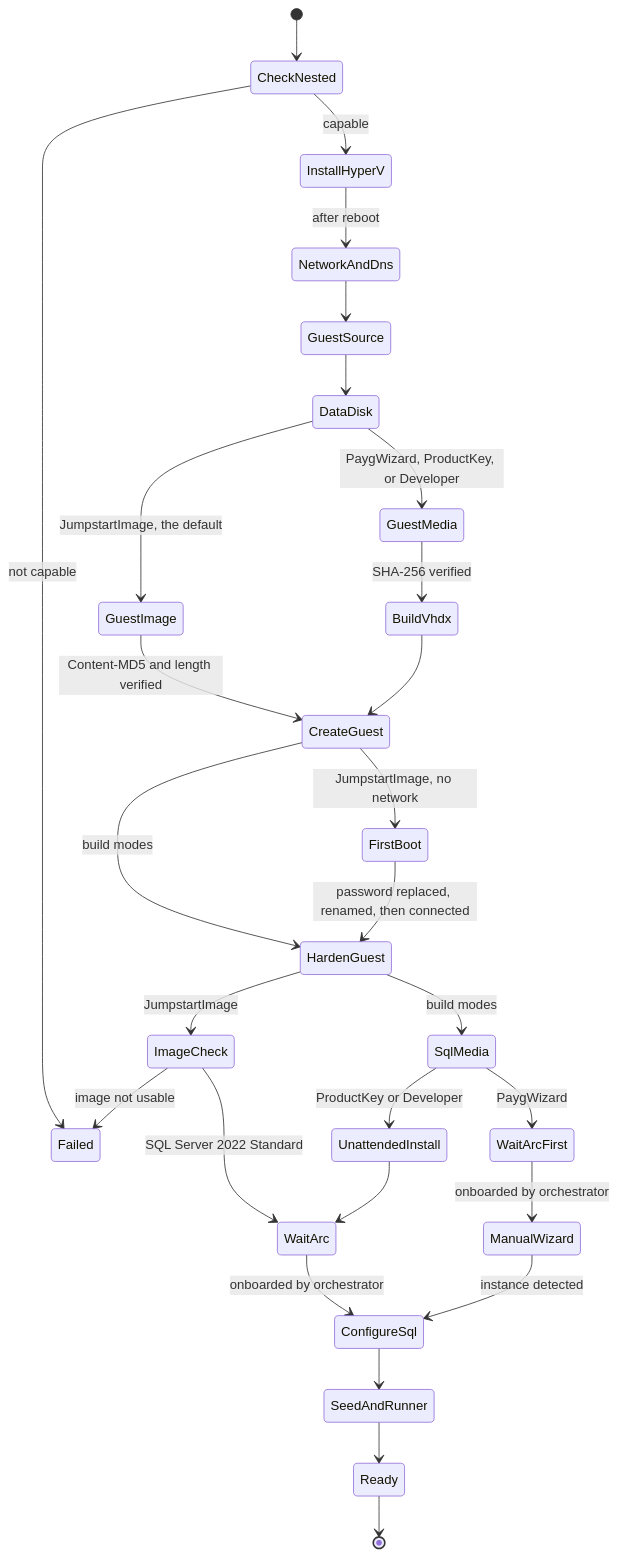
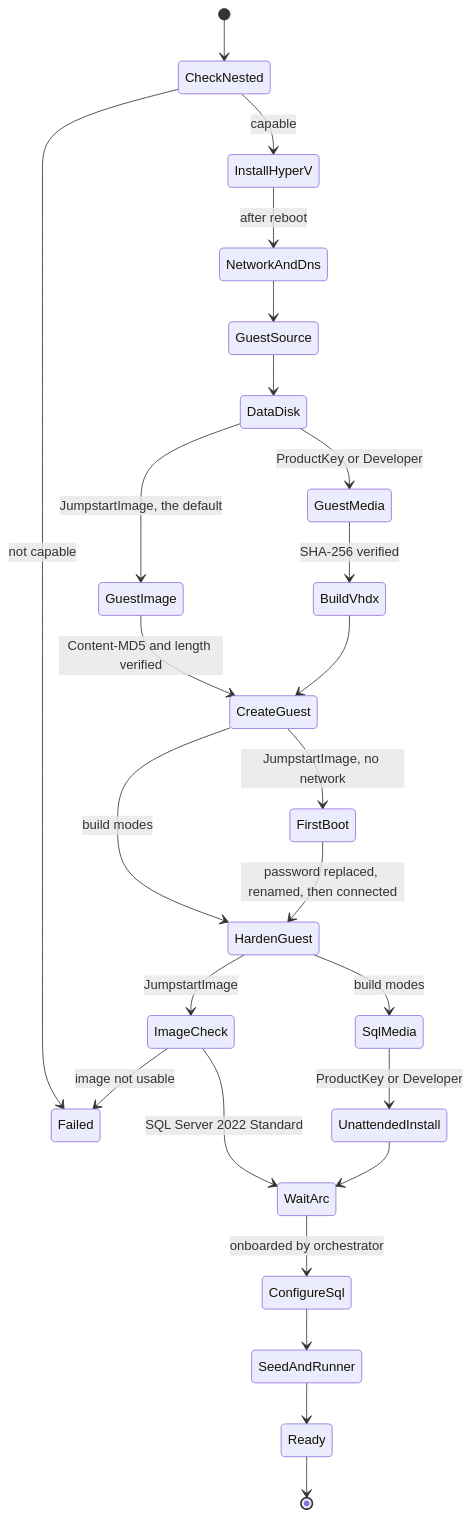
The third of 4 diagrams in docs/architecture.md (MarcBushong/fabric-database-hub-demo), drawn with Mermaid before and after one commit. The commit also changed other lines of this file and 44 other files, not shown here.

````diff
--- a/docs/architecture.md
+++ b/docs/architecture.md
@@ -149,30 +149,27 @@
 ```mermaid
 stateDiagram-v2
   [*] --> CheckNested
   CheckNested --> InstallHyperV: capable
   CheckNested --> Failed: not capable
   InstallHyperV --> NetworkAndDns: after reboot
   NetworkAndDns --> GuestSource
   GuestSource --> DataDisk
   DataDisk --> GuestImage: JumpstartImage, the default
-  DataDisk --> GuestMedia: PaygWizard, ProductKey, or Developer
+  DataDisk --> GuestMedia: ProductKey or Developer
   GuestImage --> CreateGuest: Content-MD5 and length verified
   GuestMedia --> BuildVhdx: SHA-256 verified
   BuildVhdx --> CreateGuest
   CreateGuest --> FirstBoot: JumpstartImage, no network
   CreateGuest --> HardenGuest: build modes
   FirstBoot --> HardenGuest: password replaced, renamed, then connected
   HardenGuest --> ImageCheck: JumpstartImage
   HardenGuest --> SqlMedia: build modes
   ImageCheck --> WaitArc: SQL Server 2022 Standard
   ImageCheck --> Failed: image not usable
   SqlMedia --> UnattendedInstall: ProductKey or Developer
-  SqlMedia --> WaitArcFirst: PaygWizard
   UnattendedInstall --> WaitArc
   WaitArc --> ConfigureSql: onboarded by orchestrator
-  WaitArcFirst --> ManualWizard: onboarded by orchestrator
-  ManualWizard --> ConfigureSql: instance detected
   ConfigureSql --> SeedAndRunner
   SeedAndRunner --> Ready
   Ready --> [*]
 ```
````
